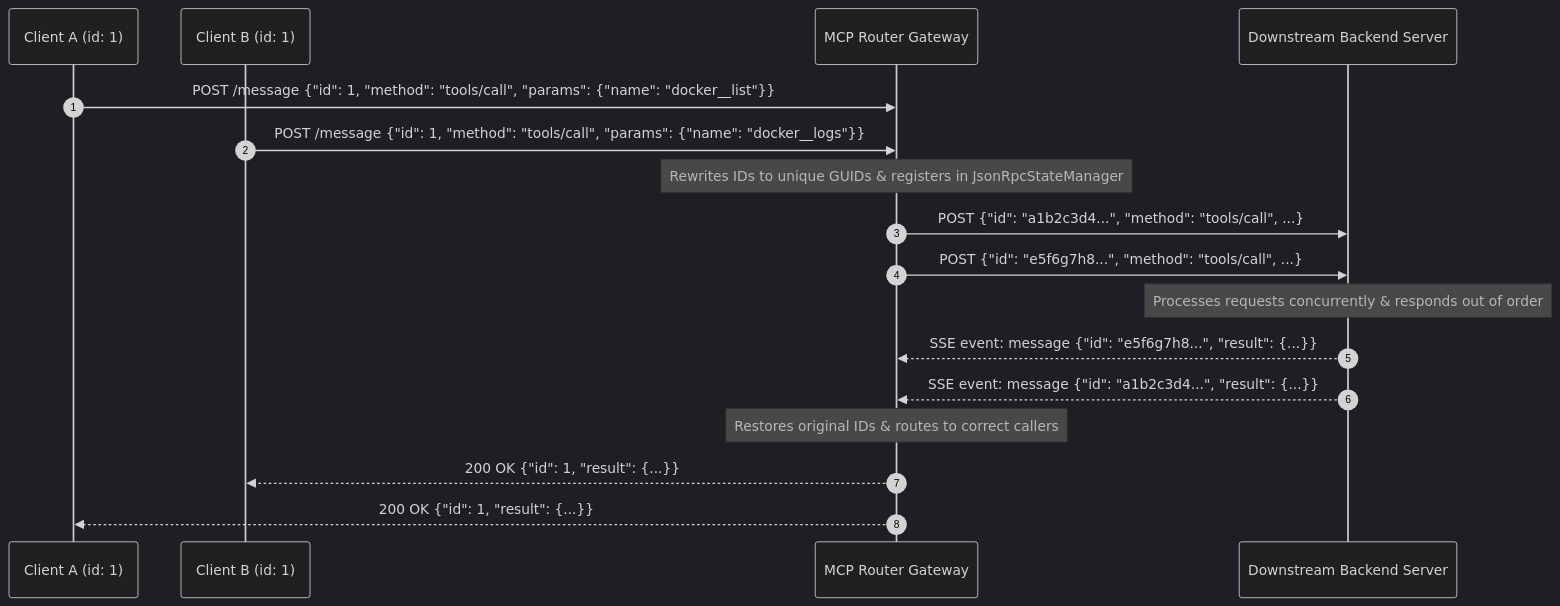
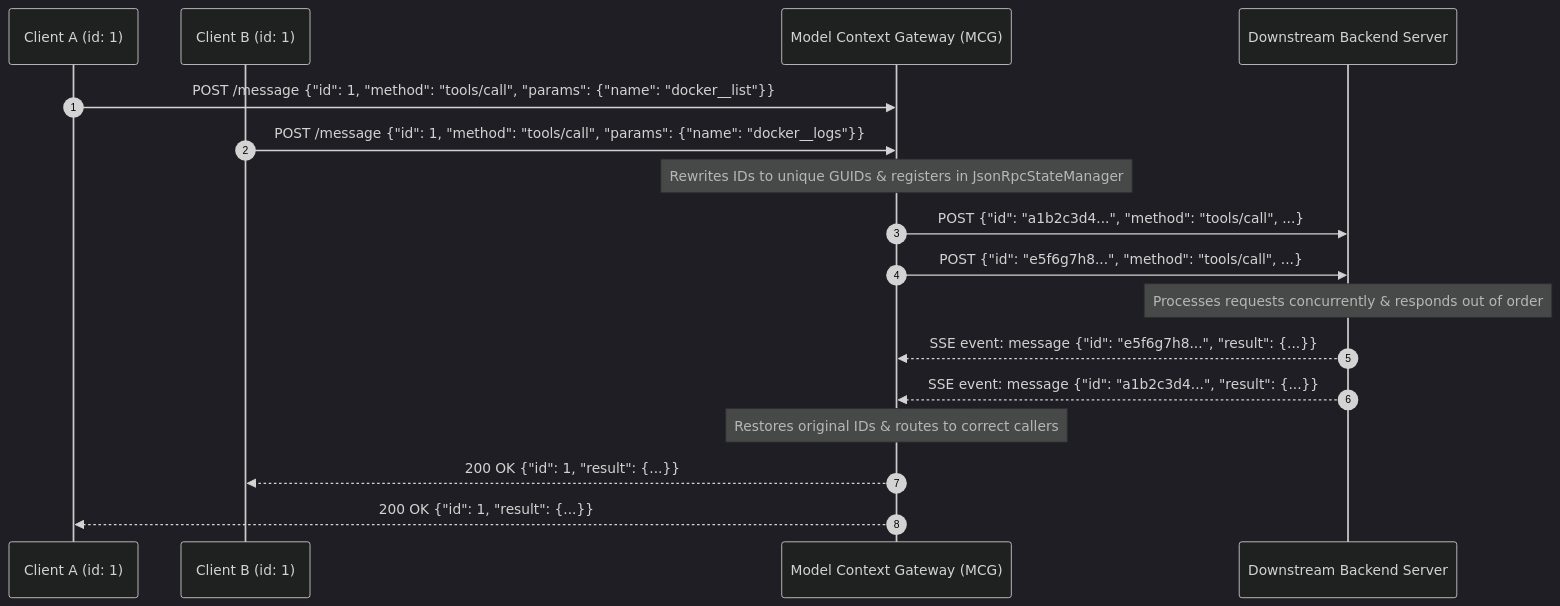
One commit to spelech/CSharp-MCP-Router changed the third of 3 diagrams in docs/transports.md. Above: the diagram before and after it, drawn with Mermaid (dark theme). The commit also changed other lines of this file and 25 other files, not shown here.

Commit message:
docs: complete comprehensive branding sweep to Model Context Gateway (MCG)

````diff
--- a/docs/transports.md
+++ b/docs/transports.md
@@ -203,23 +203,23 @@
 ```mermaid
 sequenceDiagram
     autonumber
     participant ClientA as Client A (id: 1)
     participant ClientB as Client B (id: 1)
-    participant Gateway as MCP Router Gateway
+    participant Gateway as Model Context Gateway (MCG)
     participant Backend as Downstream Backend Server
 
     ClientA->>Gateway: POST /message {"id": 1, "method": "tools/call", "params": {"name": "docker__list"}}
     ClientB->>Gateway: POST /message {"id": 1, "method": "tools/call", "params": {"name": "docker__logs"}}
     
     Note over Gateway: Rewrites IDs to unique GUIDs & registers in JsonRpcStateManager
     Gateway->>Backend: POST {"id": "a1b2c3d4...", "method": "tools/call", ...}
     Gateway->>Backend: POST {"id": "e5f6g7h8...", "method": "tools/call", ...}
     
     Note over Backend: Processes requests concurrently & responds out of order
     Backend-->>Gateway: SSE event: message {"id": "e5f6g7h8...", "result": {...}}
     Backend-->>Gateway: SSE event: message {"id": "a1b2c3d4...", "result": {...}}
     
     Note over Gateway: Restores original IDs & routes to correct callers
     Gateway-->>ClientB: 200 OK {"id": 1, "result": {...}}
     Gateway-->>ClientA: 200 OK {"id": 1, "result": {...}}
 ```
````
